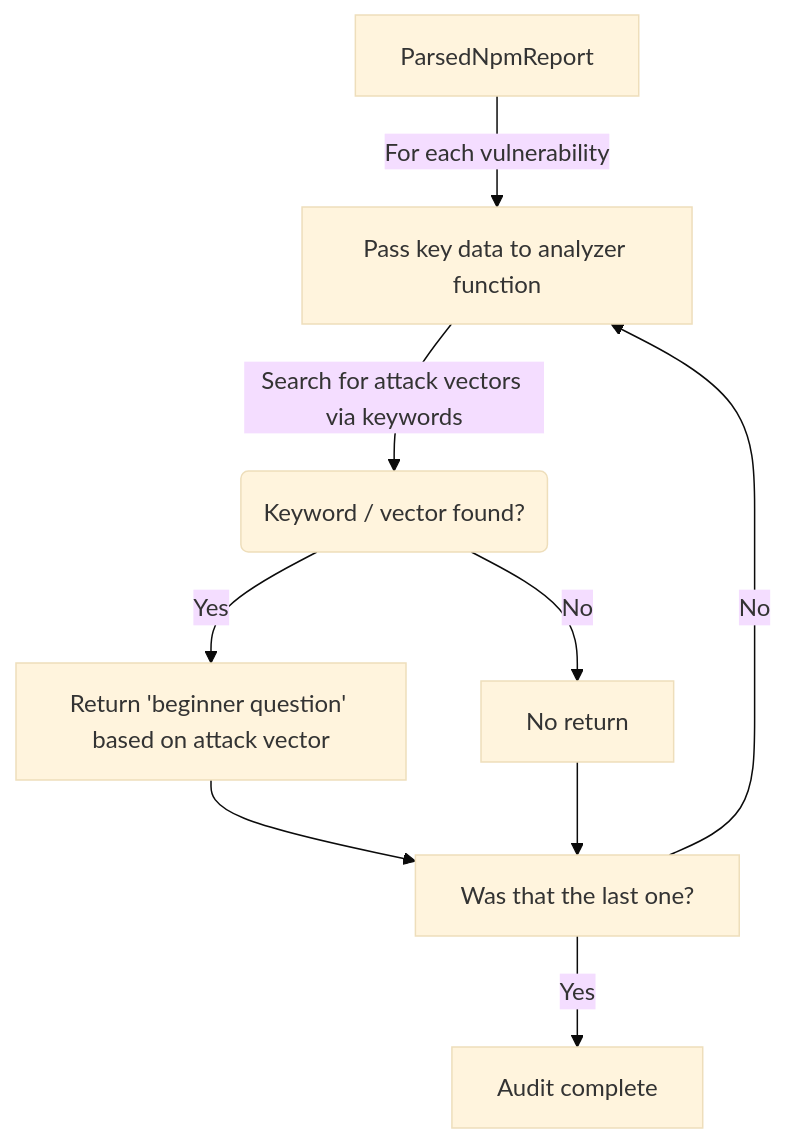
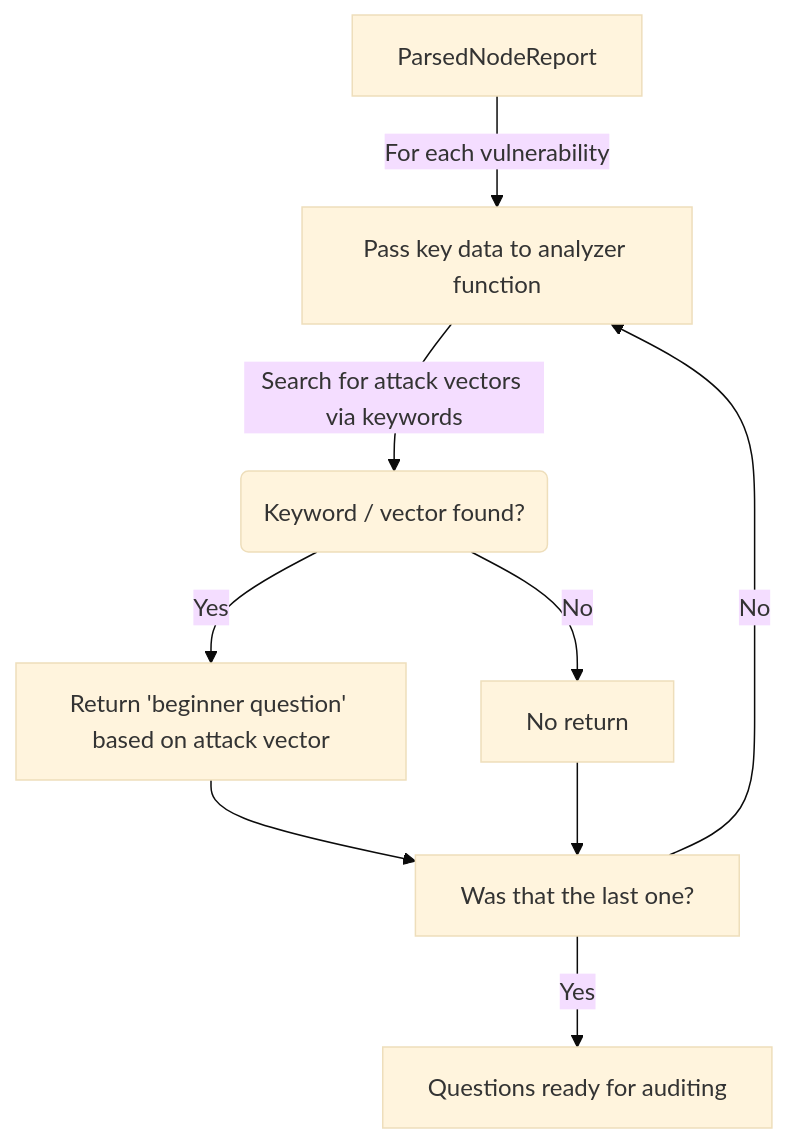
The second of 3 diagrams in docs/learn/audit.md (FuckingNode/fuckingnode.github.io), drawn with Mermaid (base theme) before and after one commit. The commit also changed other lines of this file and 7 other files, not shown here.

````diff
--- a/docs/learn/audit.md
+++ b/docs/learn/audit.md
@@ -48,10 +45,10 @@
 ```mermaid
 graph TD
-    A[ParsedNpmReport] -->|For each vulnerability| B[Pass key data to analyzer function]
+    A[ParsedNodeReport] -->|For each vulnerability| B[Pass key data to analyzer function]
     B -->|Search for attack vectors via keywords| C(Keyword / vector found?)
     C -- Yes --> D[Return 'beginner question' based on attack vector] --> F
     C -- No --> E[No return] --> F
     F[Was that the last one?]
-    F -- Yes --> G[Audit complete]
+    F -- Yes --> G[Questions ready for auditing]
     F -- No --> B
 ```
````
